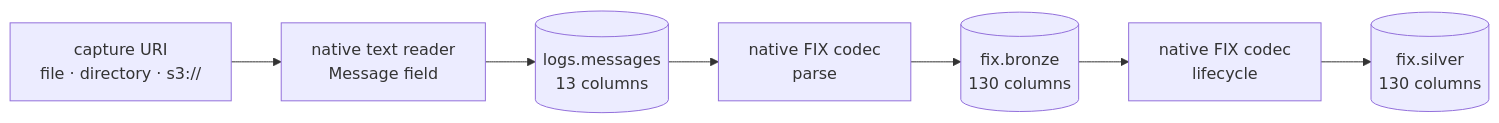
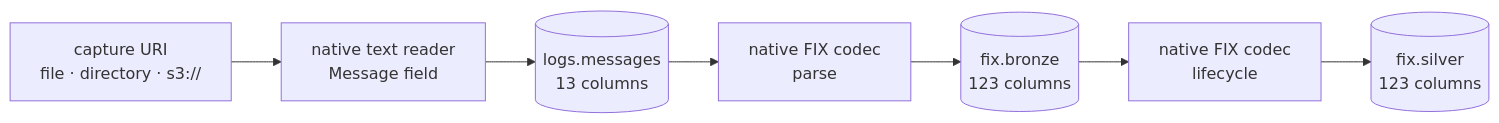
Before and after one commit to Platob/yggfin: the diagram in docs/index.md, drawn with Mermaid. The commit also changed 52 other files, not shown here.

````diff
--- a/docs/index.md
+++ b/docs/index.md
@@ -40,9 +40,9 @@
 ```mermaid
 flowchart LR
     S["capture URI<br/>file · directory · s3://"] --> T["native text reader<br/>Message field"]
     T --> M[("logs.messages<br/>13 columns")]
     M --> F["native FIX codec<br/>parse"]
-    F --> B[("fix.bronze<br/>130 columns")]
+    F --> B[("fix.bronze<br/>123 columns")]
     B --> L["native FIX codec<br/>lifecycle"]
-    L --> O[("fix.silver<br/>130 columns")]
+    L --> O[("fix.silver<br/>123 columns")]
 ```
````
